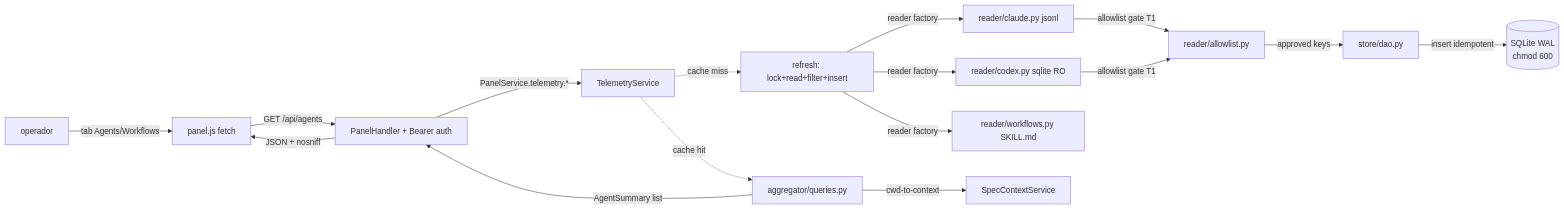
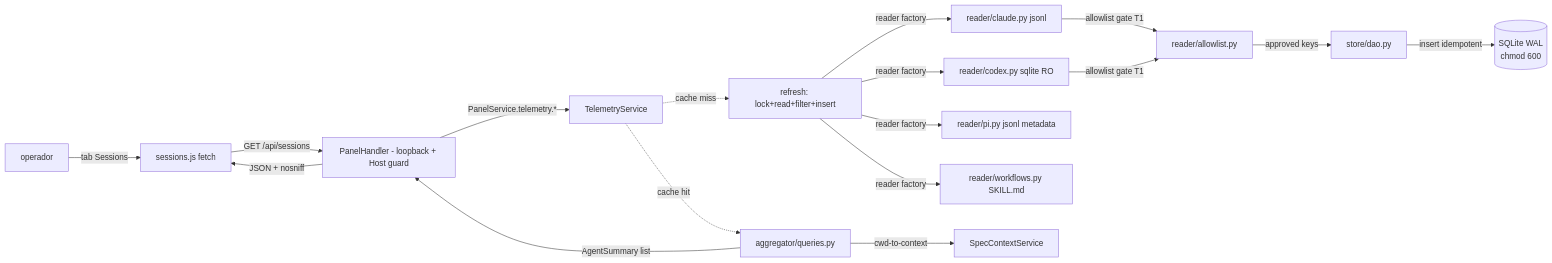
Before and after one commit to marcoaureliomenezes/dadaia-workspace: the diagram in specs/memory/product/agents/agent-monitoring.md, drawn with Mermaid. The commit also changed other lines of this file and 29 other files, not shown here.

````diff
--- a/specs/memory/product/agents/agent-monitoring.md
+++ b/specs/memory/product/agents/agent-monitoring.md
@@ -40,18 +43,19 @@
 ```mermaid
 flowchart LR
-    OP[operador] -->|tab Agents/Workflows| JS[panel.js fetch]
-    JS -->|GET /api/agents| H[PanelHandler + Bearer auth]
+    OP[operador] -->|tab Sessions| JS[sessions.js fetch]
+    JS -->|GET /api/sessions| H[PanelHandler - loopback + Host guard]
     H -->|PanelService.telemetry.*| SVC[TelemetryService]
     SVC -.cache miss.-> RFR[refresh: lock+read+filter+insert]
     RFR -->|reader factory| CR[reader/claude.py jsonl]
     RFR -->|reader factory| CX[reader/codex.py sqlite RO]
+    RFR -->|reader factory| PIr[reader/pi.py jsonl metadata]
     RFR -->|reader factory| WF[reader/workflows.py SKILL.md]
     CR -->|allowlist gate T1| ALW[reader/allowlist.py]
     CX -->|allowlist gate T1| ALW
     ALW -->|approved keys| DAO[store/dao.py]
     DAO -->|insert idempotent| DB[(SQLite WAL\nchmod 600)]
     SVC -.cache hit.-> AGG[aggregator/queries.py]
     AGG -->|cwd-to-context| SCS[SpecContextService]
     AGG -->|AgentSummary list| H
     H -->|JSON + nosniff| JS
 ```
````
